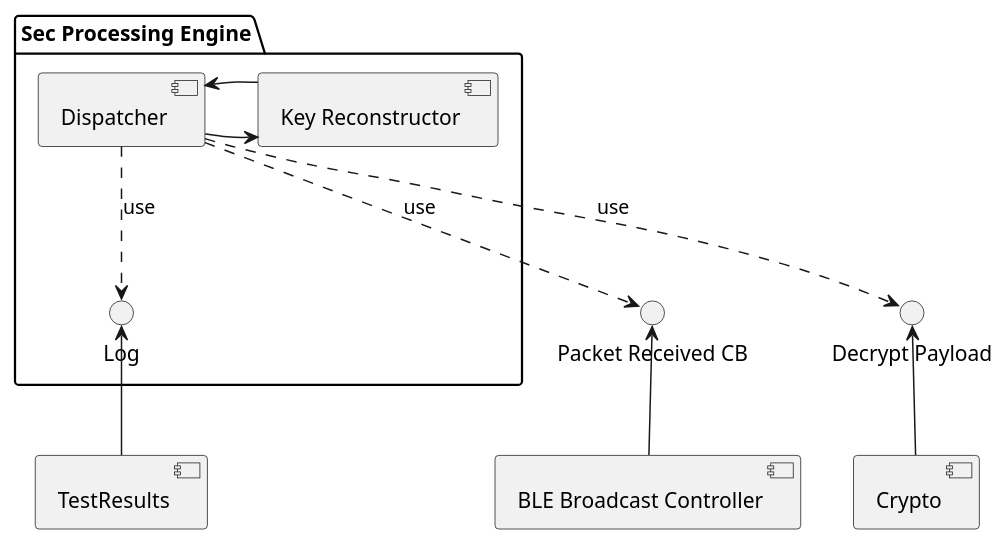
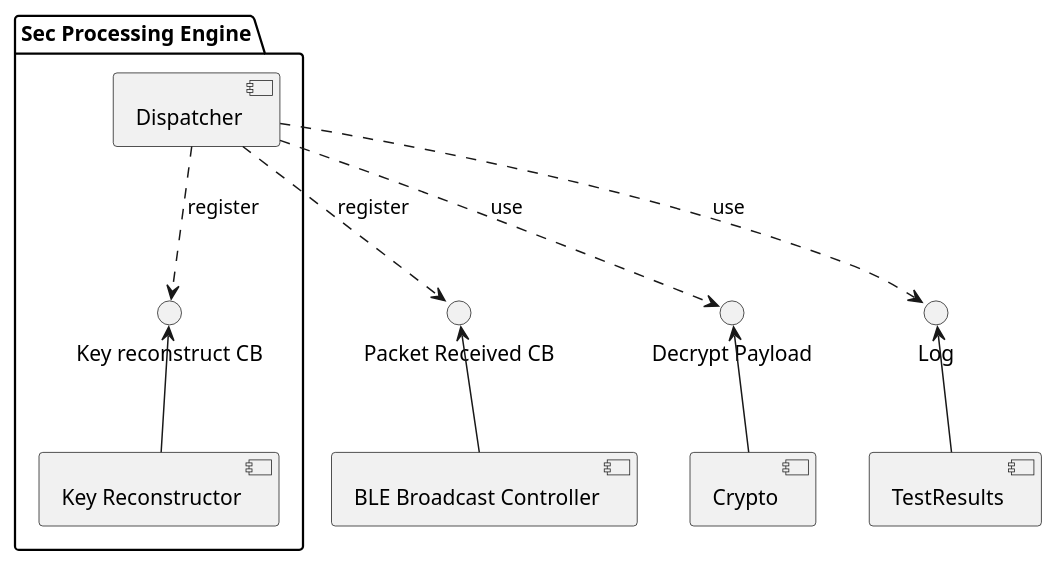
One commit to bartlomiej-niemiec/ble-broadcast-authorization changed the diagram in docs/receiver_component_diag.plantuml. Above: the diagram before and after it, drawn with PlantUML. The commit also changed 139 other files, not shown here.

```diff
--- a/docs/receiver_component_diag.plantuml
+++ b/docs/receiver_component_diag.plantuml
@@ -1,18 +1,18 @@
 @startuml
 
 "Packet Received CB" <-- [BLE Broadcast Controller]
 "Decrypt Payload" <-- [Crypto]
 
 package "Sec Processing Engine" {
     component [Key Reconstructor]
     component [Dispatcher]
-    [Dispatcher] -> [Key Reconstructor]
-    [Dispatcher] <- [Key Reconstructor]
-    [Dispatcher] ..> "Packet Received CB" : use
-    [Dispatcher] ..> "Log" : use
+    "Key reconstruct CB" <-- [Key Reconstructor]
+    [Dispatcher] ..> "Key reconstruct CB" : register
+    [Dispatcher] ..> "Packet Received CB" : register
     [Dispatcher] ..> "Decrypt Payload" : use
 }
 
+[Dispatcher] ..> "Log" : use
 "Log" <-- [TestResults]
 
 @enduml
```
